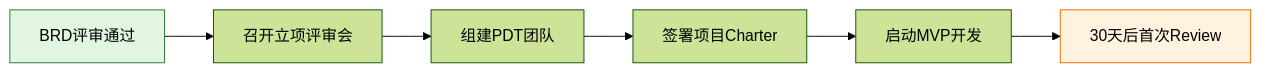
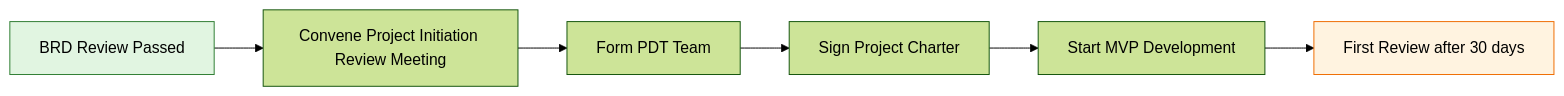
Before and after one commit to Kirky-X/cangjie: the eighth of 9 diagrams in templates/产品/战略层/【模板】商业需求文档.md, drawn with Mermaid (forest theme). The commit also changed other lines of this file and 60 other files, not shown here.

````diff
--- a/templates/产品/战略层/【模板】商业需求文档.md
+++ b/templates/产品/战略层/【模板】商业需求文档.md
@@ -440,10 +364,10 @@
 ```mermaid
 flowchart LR
-    A[BRD评审通过] --> B[召开立项评审会]
-    B --> C[组建PDT团队]
-    C --> D[签署项目Charter]
-    D --> E[启动MVP开发]
-    E --> F[30天后首次Review]
+    A[BRD Review Passed] --> B[Convene Project Initiation Review Meeting]
+    B --> C[Form PDT Team]
+    C --> D[Sign Project Charter]
+    D --> E[Start MVP Development]
+    E --> F[First Review after 30 days]
     style A fill:#e1f5e1,stroke:#2e7d32
     style F fill:#fff3e0,stroke:#ef6c00
 ```
````
